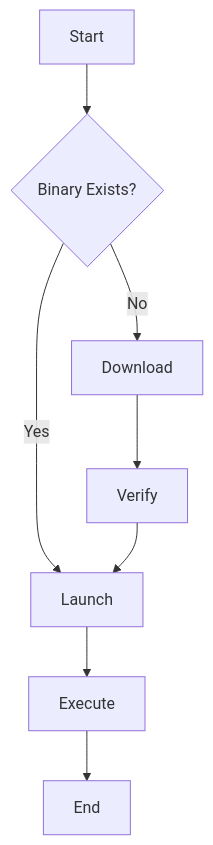
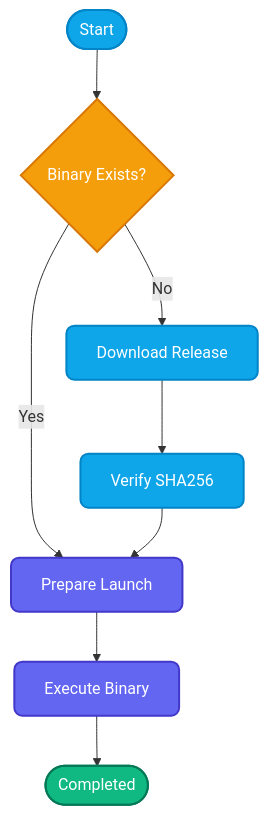
The second of 2 diagrams in docs/user-guide/configuration.md (shitan198u/immich-go-gui), drawn with Mermaid before and after one commit. The commit also changed 4 other files, not shown here.

Commit message:
docs: add colorful Mermaid styling and reposition architecture diagram below intro

````diff
--- a/docs/user-guide/configuration.md
+++ b/docs/user-guide/configuration.md
@@ -75,19 +75,23 @@
 ```mermaid
 flowchart TD
+    classDef action fill:#0ea5e9,stroke:#0284c7,color:#ffffff,stroke-width:2px,rx:8px;
+    classDef decision fill:#f59e0b,stroke:#d97706,color:#ffffff,stroke-width:2px,rx:8px;
+    classDef success fill:#10b981,stroke:#047857,color:#ffffff,stroke-width:2px,rx:8px;
+    classDef process fill:#6366f1,stroke:#4338ca,color:#ffffff,stroke-width:2px,rx:8px;
+
+    Start([Start]):::action
+    Check{Binary Exists?}:::decision
+    Launch[Prepare Launch]:::process
+    Download[Download Release]:::action
+    Verify[Verify SHA256]:::action
+    Execute[Execute Binary]:::process
+    End([Completed]):::success
 
     Start --> Check
-
-    Check{Binary Exists?}
-
     Check -- Yes --> Launch
-
     Check -- No --> Download
-
     Download --> Verify
-
     Verify --> Launch
-
     Launch --> Execute
-
     Execute --> End
 ```
````
